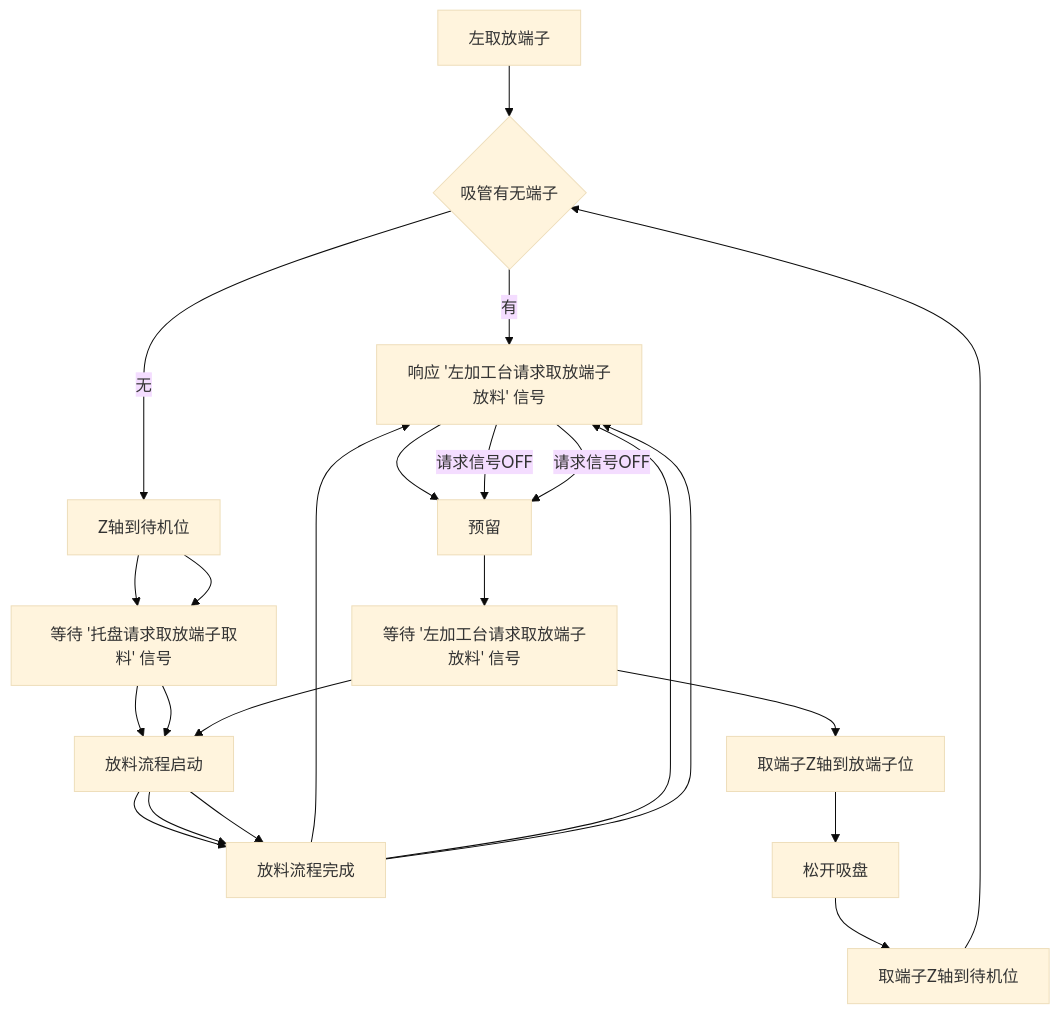
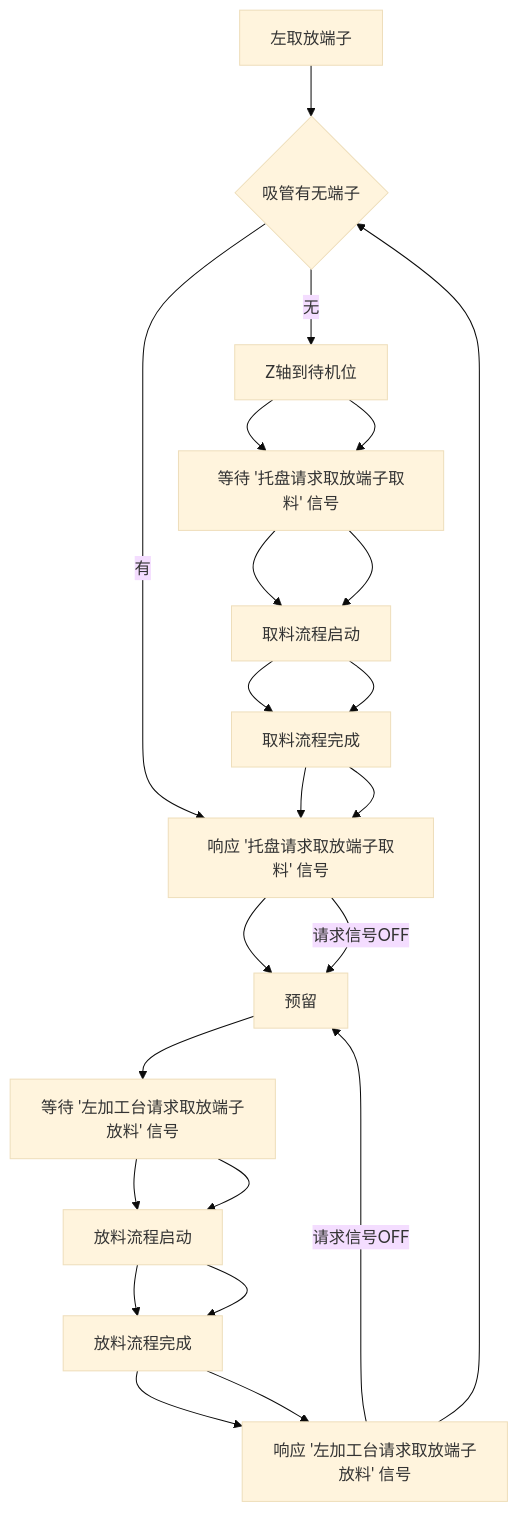
The diagram in all/VR-OP90左取放端子.md (zmq000/iodraw-files), drawn with Mermaid (base theme) before and after one commit.

Commit message:
2026-06-18 11:31:03 update

````diff
--- a/all/VR-OP90左取放端子.md
+++ b/all/VR-OP90左取放端子.md
@@ -1,26 +1,26 @@
 ```mermaid
 graph TD
 0[左取放端子]-->10
 10{吸管有无端子}-->|有|60
 10-->|无|20
 20[取端子Y轴到取端子位]-->30
 30[托盘X轴到取端子位]-->40
 40[取端子Z轴到取端子位]-->50
 50[启动吸盘]-->60
 60[取端子Z轴到待机位]-->70
 70[预留]-->80
 80[取端子Y轴到放端子位]-->90
 90[取端子Z轴到放端子位]-->100
 100[松开吸盘]-->110
 110[取端子Z轴到待机位]-->10
 
 20[Z轴到待机位]-->30
 30[等待 '托盘请求取放端子取料' 信号]-->40
 40[取料流程启动]-->50
 50[取料流程完成]-->60
 60[响应 '托盘请求取放端子取料' 信号]-->|请求信号OFF|70
-80[等待 '左加工台请求取放端子放料' 信号]-->40
-40[放料流程启动]-->50
-50[放料流程完成]-->60
-60[响应 '左加工台请求取放端子放料' 信号]-->|请求信号OFF|70
+80[等待 '左加工台请求取放端子放料' 信号]-->90
+90[放料流程启动]-->100
+100[放料流程完成]-->110
+110[响应 '左加工台请求取放端子放料' 信号]-->|请求信号OFF|70
 ```
````
